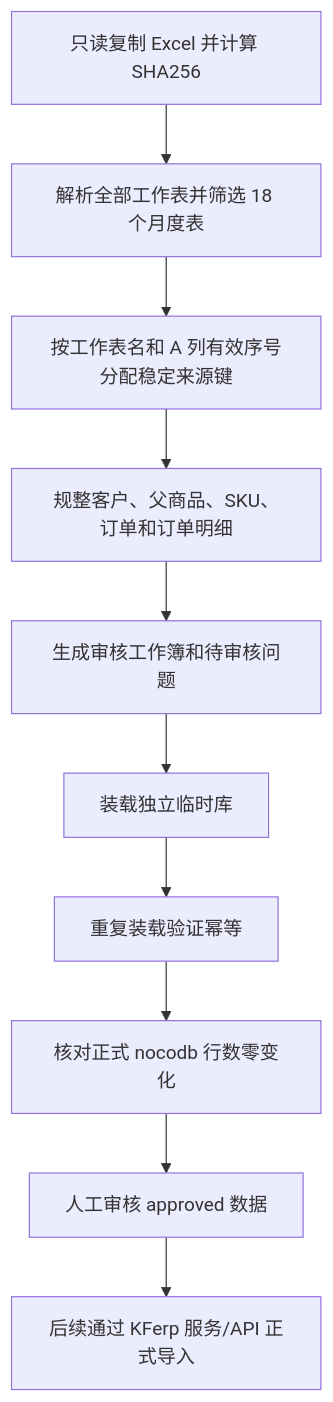
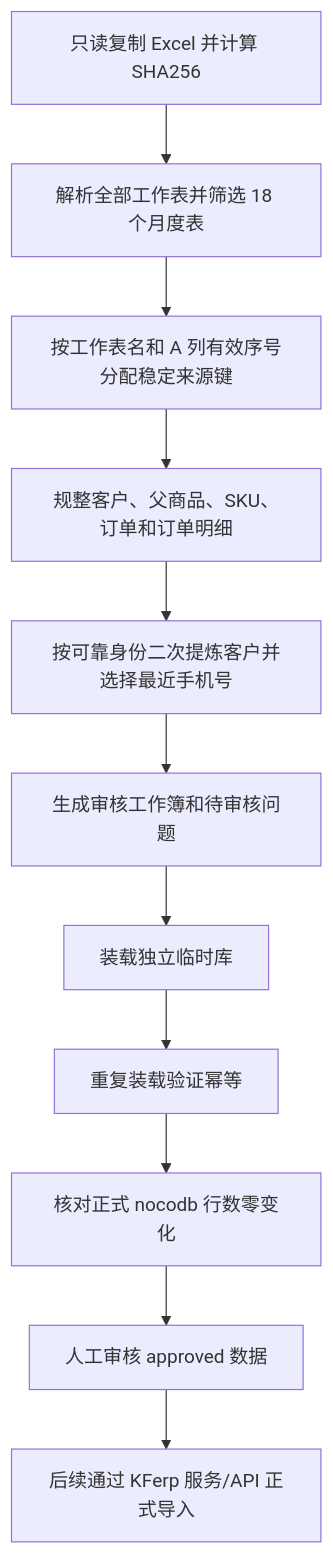
Before and after one commit to Backstage2539/KFerp: the diagram in orderapp-remote/docs/OP_MANUAL_ORDERLIST_STAGING.md, drawn with Mermaid. The commit also changed other lines of this file and 16 other files, not shown here.

````diff
--- a/orderapp-remote/docs/OP_MANUAL_ORDERLIST_STAGING.md
+++ b/orderapp-remote/docs/OP_MANUAL_ORDERLIST_STAGING.md
@@ -10,12 +10,13 @@
 ```mermaid
 flowchart TD
   A["只读复制 Excel 并计算 SHA256"] --> B["解析全部工作表并筛选 18 个月度表"]
   B --> C["按工作表名和 A 列有效序号分配稳定来源键"]
   C --> D["规整客户、父商品、SKU、订单和订单明细"]
-  D --> E["生成审核工作簿和待审核问题"]
+  D --> D1["按可靠身份二次提炼客户并选择最近手机号"]
+  D1 --> E["生成审核工作簿和待审核问题"]
   E --> F["装载独立临时库"]
   F --> G["重复装载验证幂等"]
   G --> H["核对正式 nocodb 行数零变化"]
   H --> I["人工审核 approved 数据"]
   I --> J["后续通过 KFerp 服务/API 正式导入"]
 ```
````
